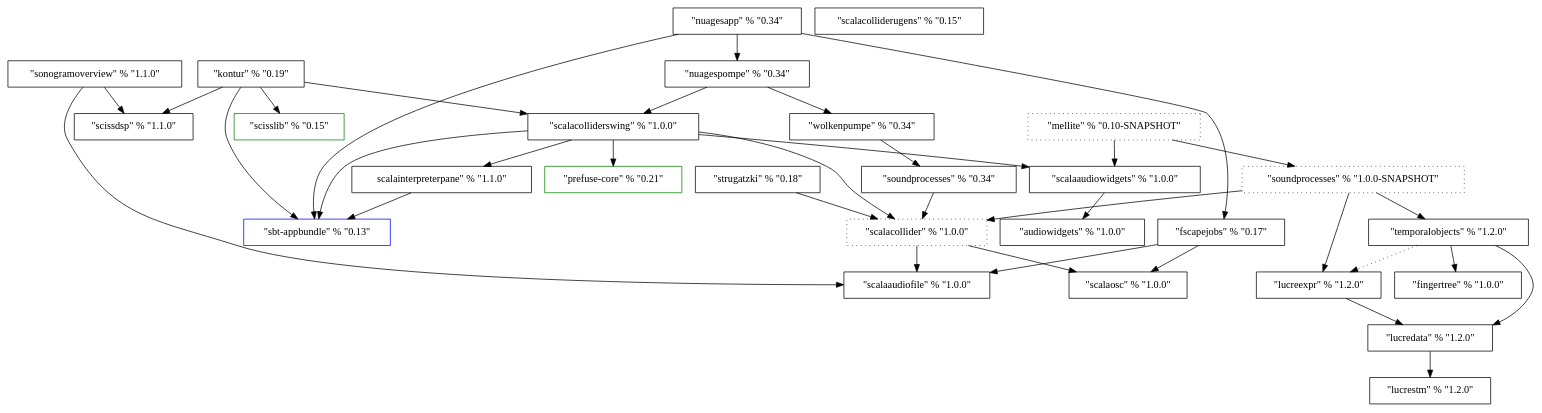
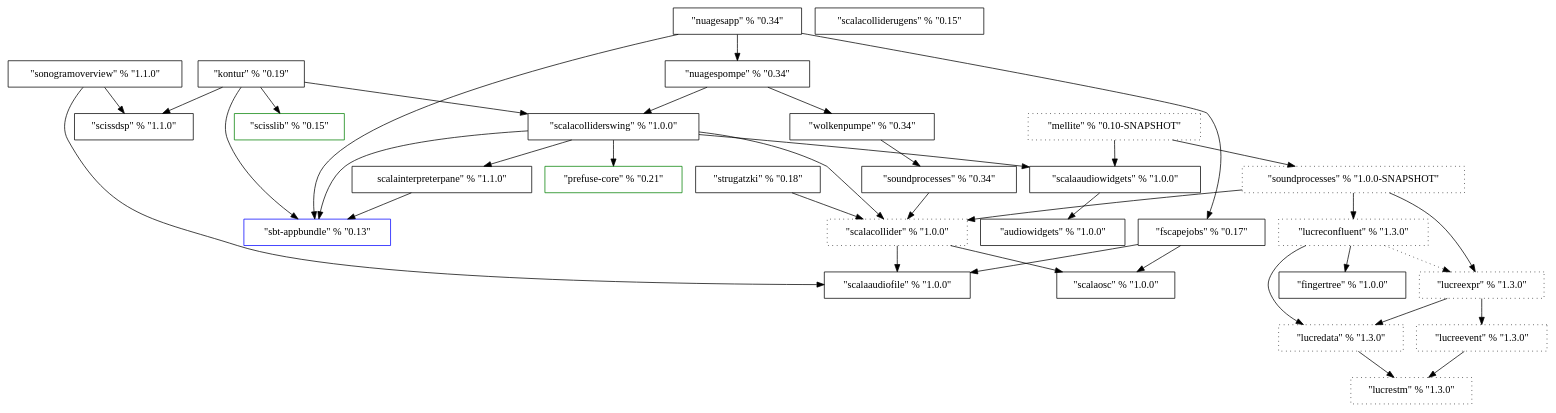
Before and after one commit to Sciss/HistoricalCode: the diagram in ProjectDependencies/dep.dot, drawn with Graphviz.

```diff
--- a/ProjectDependencies/dep.dot
+++ b/ProjectDependencies/dep.dot
@@ -1,65 +1,68 @@
 digraph G {
 	ScalaOSC [label="\"scalaosc\" % \"1.0.0\"", shape=box];
 	ScalaAudioFile [label="\"scalaaudiofile\" % \"1.0.0\"", shape=box];
 	FScapeJobs [label="\"fscapejobs\" % \"0.17\"", shape=box];
 	AudioWidgets [label="\"audiowidgets\" % \"1.0.0\"", shape=box];
 	ScalaAudioWidgets [label="\"scalaaudiowidgets\" % \"1.0.0\"", shape=box];
 	SbtAppbundle [label="\"sbt-appbundle\" % \"0.13\"", shape=Box, color=blue];
 	ScissDSP [label="\"scissdsp\" % \"1.1.0\"", shape=Box];
 	SonogramOverview [label="\"sonogramoverview\" % \"1.1.0\"", shape=Box];
 	ScalaCollider [label="\"scalacollider\" % \"1.0.0\"", shape=Box, style=dotted];
 	Strugatzki [label="\"strugatzki\" % \"0.18\"", shape=Box];
 	ScalaInterpreterPane [label="\scalainterpreterpane\" % \"1.1.0\"", shape=Box];
 	PrefuseCore [label="\"prefuse-core\" % \"0.21\"", shape=Box, color=green];
 	ScalaColliderSwing [label="\"scalacolliderswing\" % \"1.0.0\"", shape=Box];
 	SoundProcesses [label="\"soundprocesses\" % \"0.34\"", shape=Box];
 	Wolkenpumpe [label="\"wolkenpumpe\" % \"0.34\"", shape=Box];
 	NuagesPompe [label="\"nuagespompe\" % \"0.34\"", shape=Box];
 	NuagesApp [label="\"nuagesapp\" % \"0.34\"", shape=Box];
 	ScissLib [label="\"scisslib\" % \"0.15\"", shape=Box, color=green];
 	Kontur [label="\"kontur\" % \"0.19\"", shape=Box];
 	FingerTree [label="\"fingertree\" % \"1.0.0\"", shape=Box];
 	ScalaColliderUGens [label="\"scalacolliderugens\" % \"0.15\"", shape=Box];
-	LucreSTM [label="\"lucrestm\" % \"1.2.0\"", shape=Box];
-	LucreData [label="\"lucredata\" % \"1.2.0\"", shape=Box];
-	LucreExpr [label="\"lucreexpr\" % \"1.2.0\"", shape=Box];
-	TemporalObjects [label="\"temporalobjects\" % \"1.2.0\"", shape=Box];
+	LucreSTM [label="\"lucrestm\" % \"1.3.0\"", shape=Box, style=dotted];
+	LucreEvent [label="\"lucreevent\" % \"1.3.0\"", shape=Box, style=dotted];
+	LucreData [label="\"lucredata\" % \"1.3.0\"", shape=Box, style=dotted];
+	LucreExpr [label="\"lucreexpr\" % \"1.3.0\"", shape=Box, style=dotted];
+	LucreConfluent [label="\"lucreconfluent\" % \"1.3.0\"", shape=Box, style=dotted];
 	SoundProcesses3 [label="\"soundprocesses\" % \"1.0.0-SNAPSHOT\"", shape=Box, style=dotted];
 	Mellite [label="\"mellite\" % \"0.10-SNAPSHOT\"", shape=Box, style=dotted];
 	
 	FScapeJobs -> ScalaOSC;
 	FScapeJobs -> ScalaAudioFile;
 	ScalaAudioWidgets -> AudioWidgets;
 	SonogramOverview -> ScalaAudioFile;
 	SonogramOverview -> ScissDSP;
 	ScalaCollider -> ScalaOSC;
 	ScalaCollider -> ScalaAudioFile;
 	Strugatzki -> ScalaCollider;
 	ScalaInterpreterPane -> SbtAppbundle;
 	ScalaColliderSwing -> SbtAppbundle;
 	ScalaColliderSwing -> ScalaCollider;
 	ScalaColliderSwing -> ScalaInterpreterPane;
 	ScalaColliderSwing -> PrefuseCore;
 	ScalaColliderSwing -> ScalaAudioWidgets;
 	SoundProcesses -> ScalaCollider;
 	Wolkenpumpe -> SoundProcesses;
 	NuagesPompe -> Wolkenpumpe;
 	NuagesPompe -> ScalaColliderSwing;
 	NuagesApp -> SbtAppbundle;
 	NuagesApp -> NuagesPompe;
 	NuagesApp -> FScapeJobs;
 	Kontur -> SbtAppbundle;
 	Kontur -> ScalaColliderSwing;
 	Kontur -> ScissDSP;
 	Kontur -> ScissLib;
+	LucreEvent -> LucreSTM;
 	LucreData -> LucreSTM;
    LucreExpr -> LucreData;
-	TemporalObjects -> FingerTree;
-	TemporalObjects -> LucreData;
-	TemporalObjects -> LucreExpr [style=dotted];
+   LucreExpr -> LucreEvent;
+	LucreConfluent -> FingerTree;
+	LucreConfluent -> LucreData;
+	LucreConfluent -> LucreExpr [style=dotted];
 	SoundProcesses3 -> ScalaCollider;
-	SoundProcesses3 -> TemporalObjects;
+	SoundProcesses3 -> LucreConfluent;
 	SoundProcesses3 -> LucreExpr;
 	Mellite -> SoundProcesses3;
 	Mellite -> ScalaAudioWidgets;
 }
```
